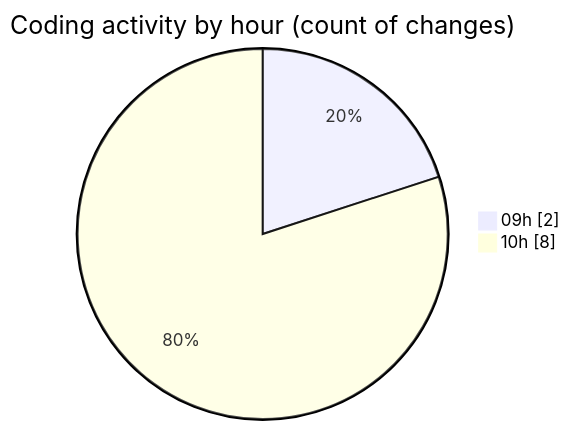
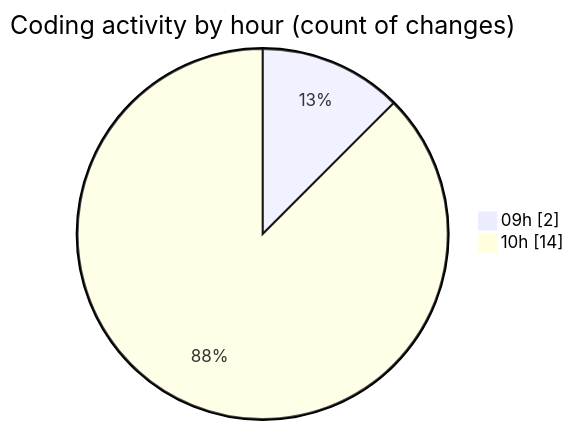
One commit to momahboobian/code-tracking changed the second of 2 diagrams in 2025-08-12/cda/README.md. Above: the diagram before and after it, drawn with Mermaid. The commit also changed other lines of this file and 1 other file, not shown here.

````diff
--- a/2025-08-12/cda/README.md
+++ b/2025-08-12/cda/README.md
@@ -29,6 +31,6 @@
 ```mermaid
 pie showData
 title Coding activity by hour (count of changes)
 "09h" : 2
-"10h" : 8
+"10h" : 14
 ```
````
